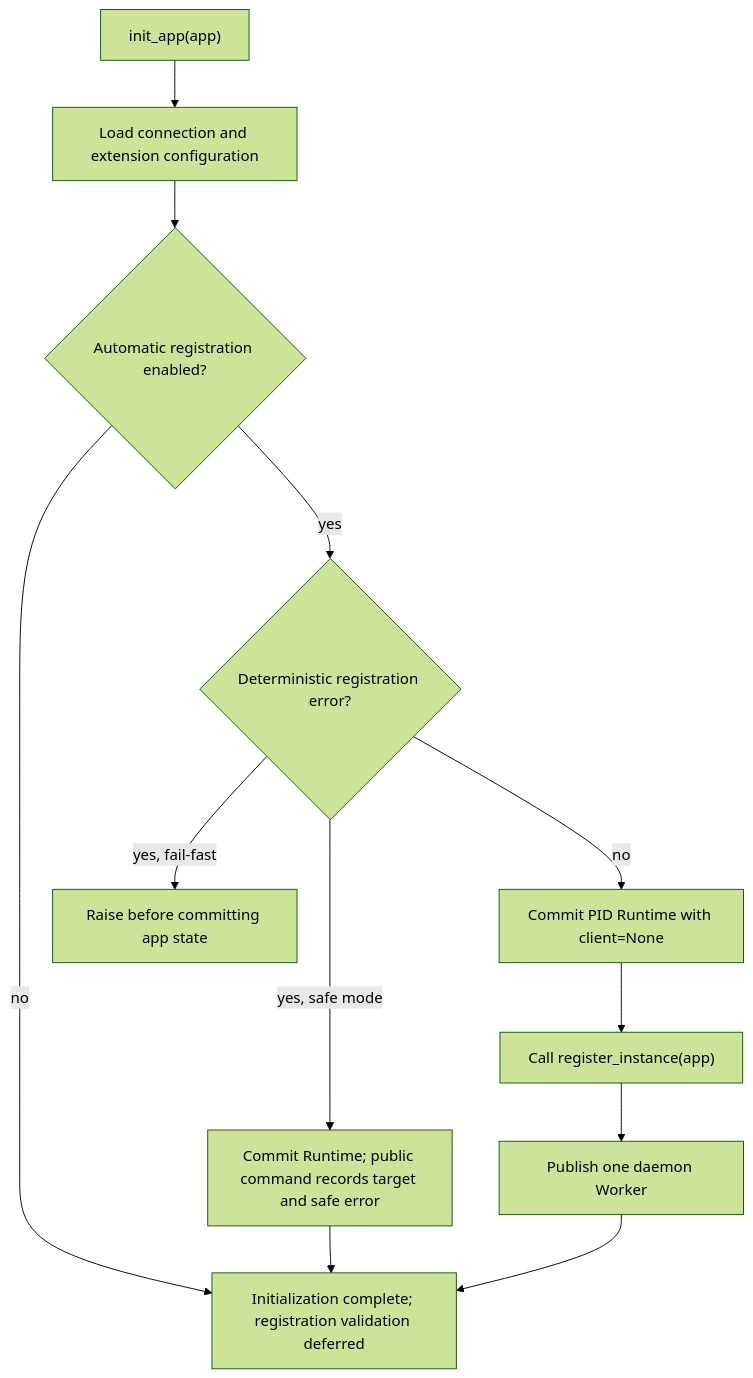
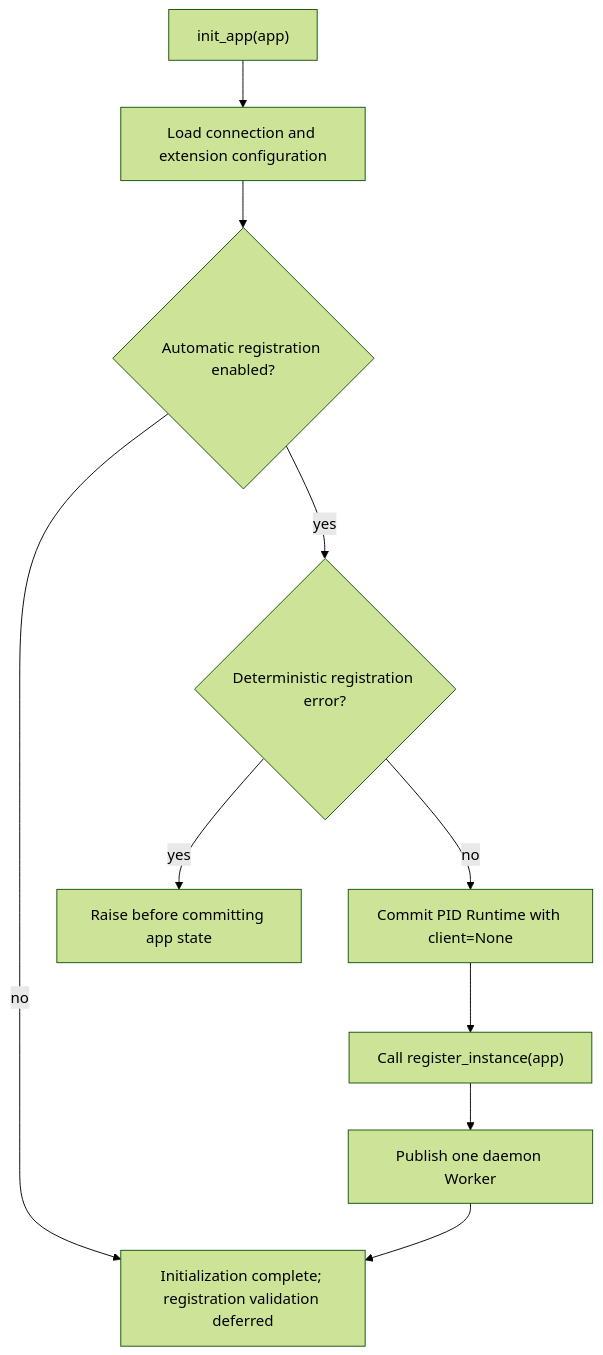
Before and after one commit to pumpkin-nbc/Flask-Nacos: the first of 2 diagrams in docs/service-registration.md, drawn with Mermaid (forest theme). The commit also changed other lines of this file and 57 other files, not shown here.

````diff
--- a/docs/service-registration.md
+++ b/docs/service-registration.md
@@ -62,14 +62,12 @@
 ```mermaid
 flowchart TD
     A["init_app(app)"] --> B["Load connection and extension configuration"]
     B --> G{"Automatic registration enabled?"}
     G -- "no" --> H["Initialization complete; registration validation deferred"]
     G -- "yes" --> C{"Deterministic registration error?"}
-    C -- "yes, fail-fast" --> D["Raise before committing app state"]
-    C -- "yes, safe mode" --> E["Commit Runtime; public command records target and safe error"]
+    C -- "yes" --> D["Raise before committing app state"]
     C -- "no" --> F["Commit PID Runtime with client=None"]
-    E --> H
     F --> I["Call register_instance(app)"]
     I --> J["Publish one daemon Worker"]
     J --> H
 ```
````
